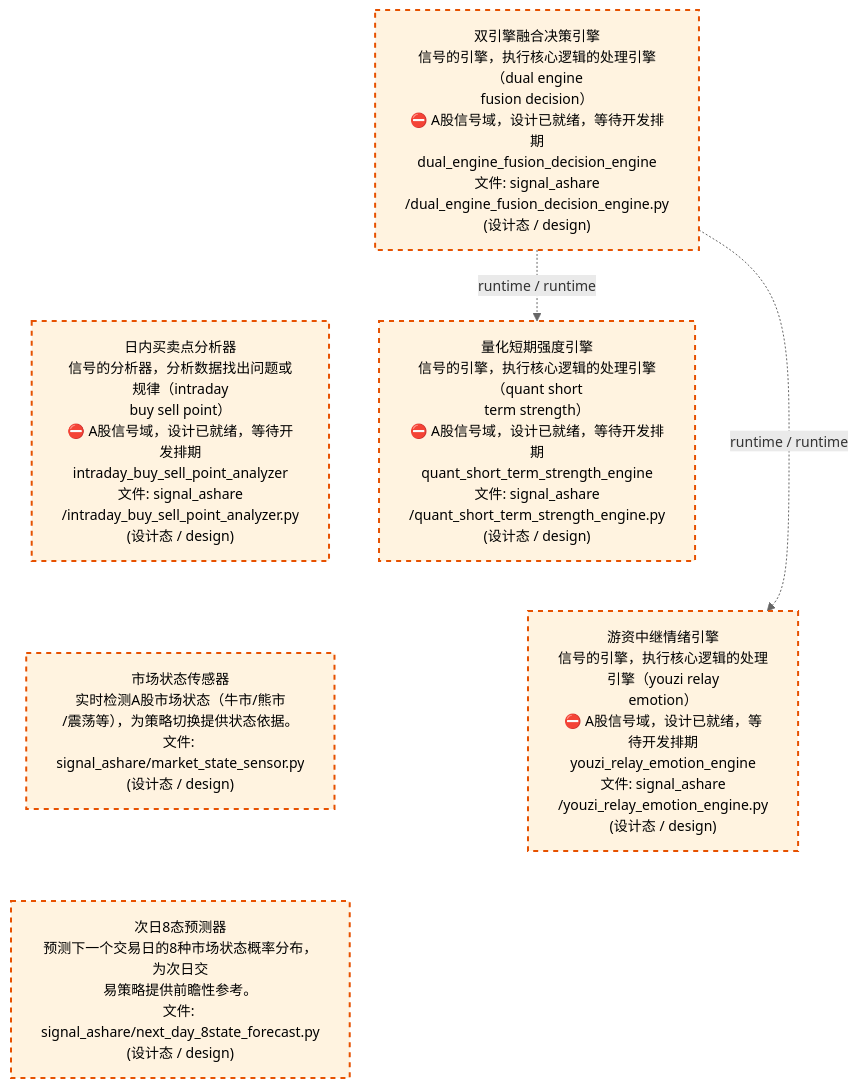
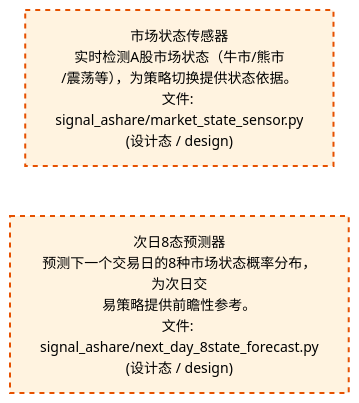
Before and after one commit to xuanFelixVan/ZephyrAlpha: the third of 4 diagrams in docs/02_enterprise_architecture/02_domain_architecture_docs/32_d_ashare_signal.md, drawn with Mermaid. The commit also changed other lines of this file and 46 other files, not shown here.

````diff
--- a/docs/02_enterprise_architecture/02_domain_architecture_docs/32_d_ashare_signal.md
+++ b/docs/02_enterprise_architecture/02_domain_architecture_docs/32_d_ashare_signal.md
@@ -147,21 +159,12 @@
 ```mermaid
 %%{init: {'theme': 'base', 'themeVariables': {'primaryColor': '#eaeaea', 'primaryTextColor': '#333333', 'primaryBorderColor': '#666666', 'lineColor': '#666666', 'secondaryColor': '#eaeaea', 'tertiaryColor': '#eaeaea', 'fontSize': '14px'}}}%%
 flowchart TD
-    src_zephyr_signal_ashare_dual_engine_fusion_decision_engine_py["双引擎融合决策引擎<br/>信号的引擎，执行核心逻辑的处理引擎（dual engine<br/>fusion decision）<br/>⛔ A股信号域，设计已就绪，等待开发排期<br/>dual_engine_fusion_decision_engine<br/>文件: signal_ashare<br/>/dual_engine_fusion_decision_engine.py<br/>(设计态 / design)"]
-    src_zephyr_signal_ashare_intraday_buy_sell_point_analyzer_py["日内买卖点分析器<br/>信号的分析器，分析数据找出问题或规律（intraday<br/>buy sell point）<br/>⛔ A股信号域，设计已就绪，等待开发排期<br/>intraday_buy_sell_point_analyzer<br/>文件: signal_ashare<br/>/intraday_buy_sell_point_analyzer.py<br/>(设计态 / design)"]
     src_zephyr_signal_ashare_market_state_sensor_py["市场状态传感器<br/>实时检测A股市场状态（牛市/熊市<br/>/震荡等），为策略切换提供状态依据。<br/>文件: signal_ashare/market_state_sensor.py<br/>(设计态 / design)"]
     src_zephyr_signal_ashare_next_day_8state_forecast_py["次日8态预测器<br/>预测下一个交易日的8种市场状态概率分布，为次日交<br/>易策略提供前瞻性参考。<br/>文件: signal_ashare/next_day_8state_forecast.py<br/>(设计态 / design)"]
-    src_zephyr_signal_ashare_dual_engine_fusion_decision_engine_py ~~~ src_zephyr_signal_ashare_intraday_buy_sell_point_analyzer_py
-    src_zephyr_signal_ashare_intraday_buy_sell_point_analyzer_py ~~~ src_zephyr_signal_ashare_market_state_sensor_py
     src_zephyr_signal_ashare_market_state_sensor_py ~~~ src_zephyr_signal_ashare_next_day_8state_forecast_py
-    src_zephyr_signal_ashare_quant_short_term_strength_engine_py["量化短期强度引擎<br/>信号的引擎，执行核心逻辑的处理引擎（quant short<br/>term strength）<br/>⛔ A股信号域，设计已就绪，等待开发排期<br/>quant_short_term_strength_engine<br/>文件: signal_ashare<br/>/quant_short_term_strength_engine.py<br/>(设计态 / design)"]
-    src_zephyr_signal_ashare_youzi_relay_emotion_engine_py["游资中继情绪引擎<br/>信号的引擎，执行核心逻辑的处理引擎（youzi relay<br/>emotion）<br/>⛔ A股信号域，设计已就绪，等待开发排期<br/>youzi_relay_emotion_engine<br/>文件: signal_ashare<br/>/youzi_relay_emotion_engine.py<br/>(设计态 / design)"]
-    src_zephyr_signal_ashare_quant_short_term_strength_engine_py ~~~ src_zephyr_signal_ashare_youzi_relay_emotion_engine_py
-    src_zephyr_signal_ashare_dual_engine_fusion_decision_engine_py -.->|runtime / runtime| src_zephyr_signal_ashare_youzi_relay_emotion_engine_py
-    src_zephyr_signal_ashare_dual_engine_fusion_decision_engine_py -.->|runtime / runtime| src_zephyr_signal_ashare_quant_short_term_strength_engine_py
     classDef production fill:#e1f5fe,stroke:#01579b,stroke-width:2px,color:#000
     classDef design fill:#fff3e0,stroke:#e65100,stroke-width:2px,color:#000,stroke-dasharray: 5 5
     classDef external_prod fill:#e8f4fd,stroke:#0277bd,stroke-width:1px,color:#000
     classDef external_design fill:#fff8e7,stroke:#ef6c00,stroke-width:1px,color:#000,stroke-dasharray: 5 5
-    class src_zephyr_signal_ashare_dual_engine_fusion_decision_engine_py,src_zephyr_signal_ashare_intraday_buy_sell_point_analyzer_py,src_zephyr_signal_ashare_market_state_sensor_py,src_zephyr_signal_ashare_next_day_8state_forecast_py,src_zephyr_signal_ashare_quant_short_term_strength_engine_py,src_zephyr_signal_ashare_youzi_relay_emotion_engine_py design
+    class src_zephyr_signal_ashare_market_state_sensor_py,src_zephyr_signal_ashare_next_day_8state_forecast_py design
 ```
````
